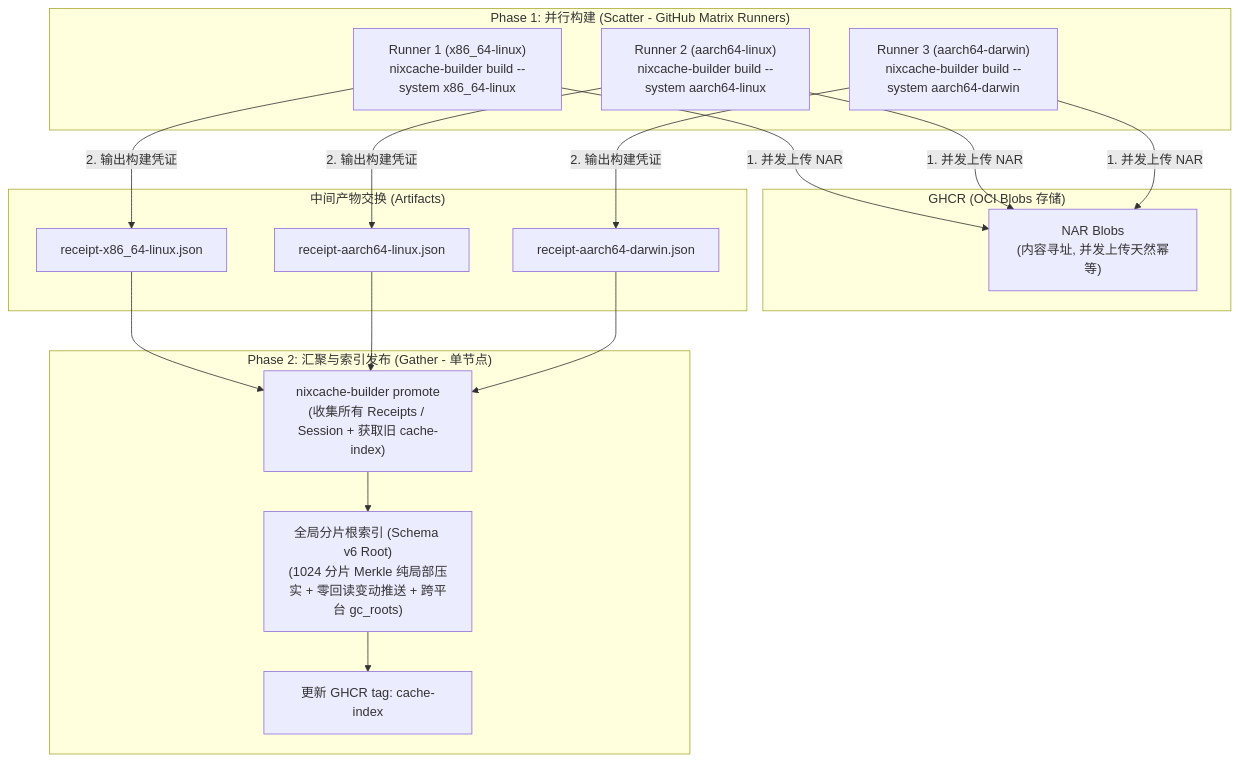
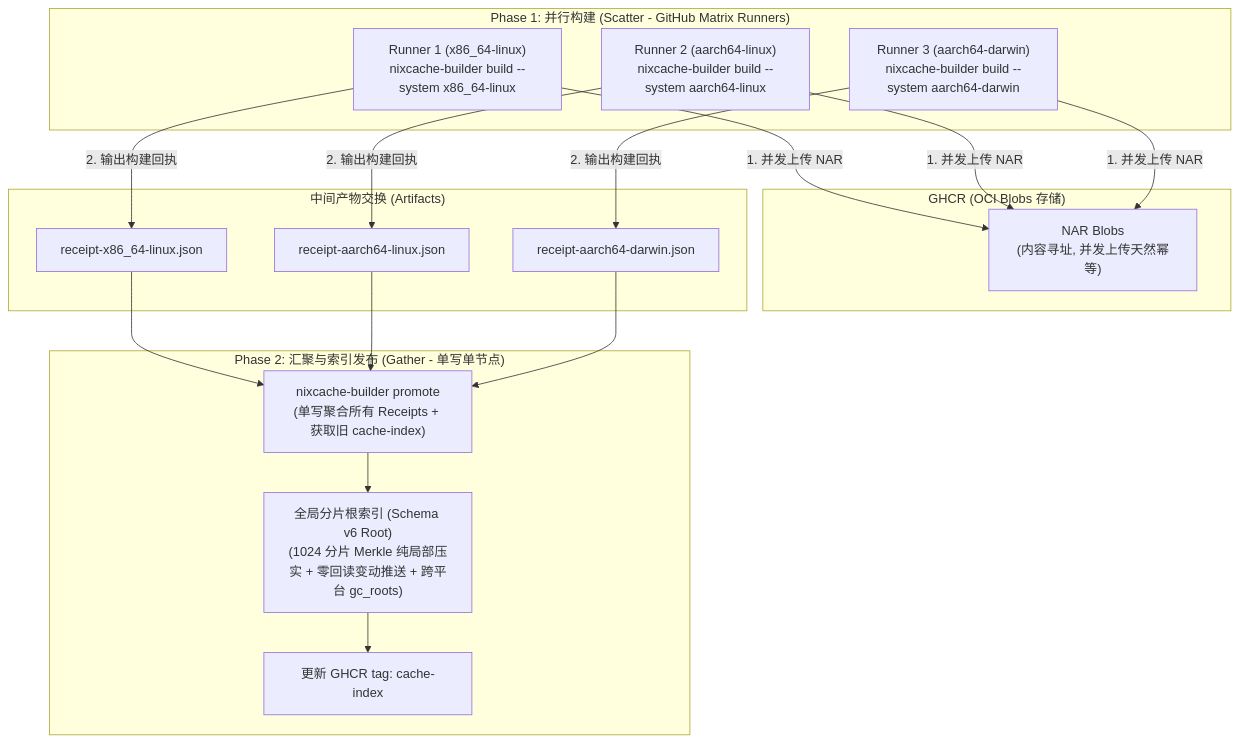
Before and after one commit to shaogme/nixcache-oci: the first of 3 diagrams in README.md, drawn with Mermaid. The commit also changed other lines of this file and 38 other files, not shown here.

````diff
--- a/README.md
+++ b/README.md
@@ -929,39 +909,39 @@
 ```mermaid
 flowchart TD
     subgraph Matrix ["Phase 1: 并行构建 (Scatter - GitHub Matrix Runners)"]
         RunnerA["Runner 1 (x86_64-linux)<br>nixcache-builder build --system x86_64-linux"]
         RunnerB["Runner 2 (aarch64-linux)<br>nixcache-builder build --system aarch64-linux"]
         RunnerC["Runner 3 (aarch64-darwin)<br>nixcache-builder build --system aarch64-darwin"]
     end
 
     subgraph OCI_Blobs ["GHCR (OCI Blobs 存储)"]
         BlobStorage["NAR Blobs<br>(内容寻址, 并发上传天然幂等)"]
     end
 
     subgraph Receipts ["中间产物交换 (Artifacts)"]
         ReceiptA["receipt-x86_64-linux.json"]
         ReceiptB["receipt-aarch64-linux.json"]
         ReceiptC["receipt-aarch64-darwin.json"]
     end
 
-    subgraph Gather ["Phase 2: 汇聚与索引发布 (Gather - 单节点)"]
-        Merger["nixcache-builder promote<br>(收集所有 Receipts / Session + 获取旧 cache-index)"]
+    subgraph Gather ["Phase 2: 汇聚与索引发布 (Gather - 单写单节点)"]
+        Merger["nixcache-builder promote<br>(单写聚合所有 Receipts + 获取旧 cache-index)"]
         MergedIndex["全局分片根索引 (Schema v6 Root)<br>(1024 分片 Merkle 纯局部压实 + 零回读变动推送 + 跨平台 gc_roots)"]
         TagPush["更新 GHCR tag: cache-index"]
     end
 
     RunnerA -->|1. 并发上传 NAR| BlobStorage
     RunnerB -->|1. 并发上传 NAR| BlobStorage
     RunnerC -->|1. 并发上传 NAR| BlobStorage
 
-    RunnerA -->|2. 输出构建凭证| ReceiptA
-    RunnerB -->|2. 输出构建凭证| ReceiptB
-    RunnerC -->|2. 输出构建凭证| ReceiptC
+    RunnerA -->|2. 输出构建回执| ReceiptA
+    RunnerB -->|2. 输出构建回执| ReceiptB
+    RunnerC -->|2. 输出构建回执| ReceiptC
 
     ReceiptA --> Merger
     ReceiptB --> Merger
     ReceiptC --> Merger
 
     Merger --> MergedIndex
     MergedIndex --> TagPush
 ```
````
